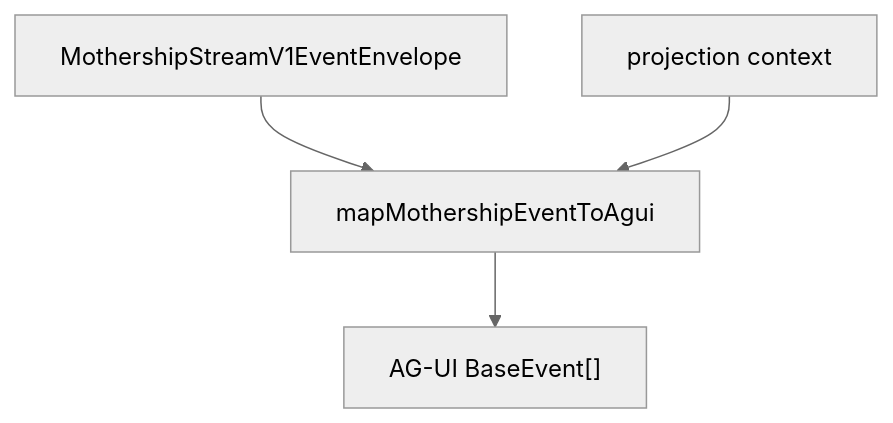
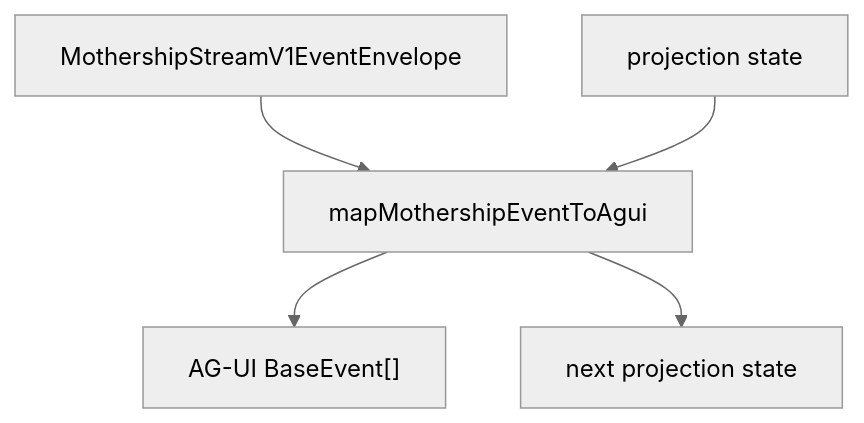
The third of 6 diagrams in site/docs/mothership-contract/13-agui-implementation-plan.md (nfbs2000/speaky-sim), drawn with Mermaid (neutral theme) before and after one commit. The commit also changed other lines of this file and 5 other files, not shown here.

````diff
--- a/site/docs/mothership-contract/13-agui-implementation-plan.md
+++ b/site/docs/mothership-contract/13-agui-implementation-plan.md
@@ -37,6 +66,7 @@
 ```mermaid
 flowchart TD
   Event["MothershipStreamV1EventEnvelope"] --> Mapper["mapMothershipEventToAgui"]
-  Context["projection context"] --> Mapper
-  Mapper --> Agui["AG-UI BaseEvent[]"]
+  State["projection state"] --> Mapper
+  Mapper --> Events["AG-UI BaseEvent[]"]
+  Mapper --> NextState["next projection state"]
 ```
````
